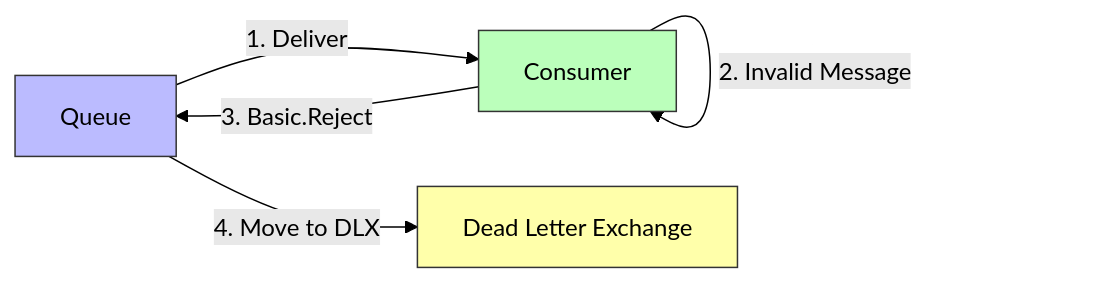
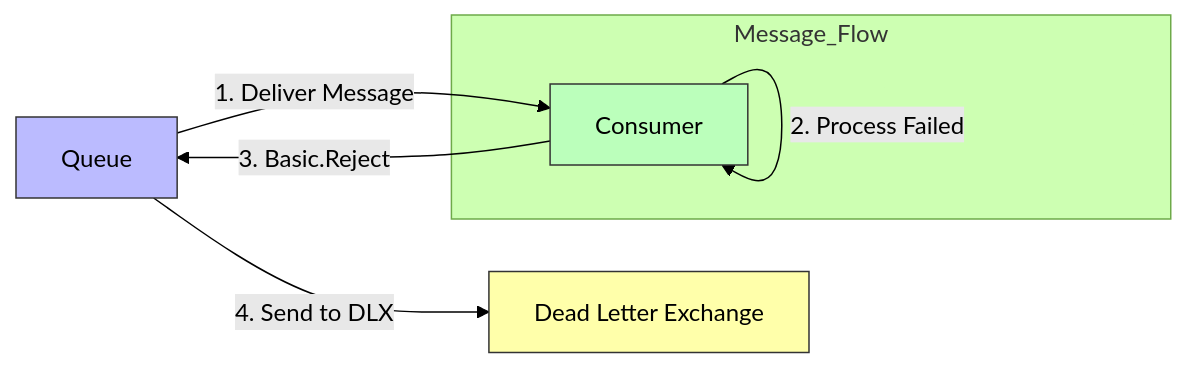
Diagram 20 of 21 in rabbitmq.md (hdt12a1/message-broker-mastery), drawn with Mermaid (forest theme) before and after one commit. The commit also changed other lines of this file and 10 other files, not shown here.

````diff
--- a/rabbitmq.md
+++ b/rabbitmq.md
@@ -810,15 +811,19 @@
    ```mermaid
    flowchart LR
-       Q[Queue] -->|"1. Deliver"| C[Consumer]
-       C -->|"2. Invalid Message"| C
+       Q[Queue] -->|"1. Deliver Message"| C[Consumer]
+       C -->|"2. Process Failed"| C
        C -->|"3. Basic.Reject"| Q
-       Q -->|"4. Move to DLX"| D[Dead Letter Exchange]
+       Q -->|"4. Send to DLX"| DLX[Dead Letter Exchange]
        
-       classDef queue fill:#bbf,stroke:#333;
-       classDef consumer fill:#bfb,stroke:#333;
-       classDef dlx fill:#ffa,stroke:#333;
+       subgraph Message_Flow
+           C
+       end
        
-       class Q queue;
-       class C consumer;
-       class D dlx;
+       classDef queue fill:#bbf,stroke:#333
+       classDef consumer fill:#bfb,stroke:#333
+       classDef dlx fill:#ffa,stroke:#333
+       
+       class Q queue
+       class C consumer
+       class DLX dlx
    ```
````
